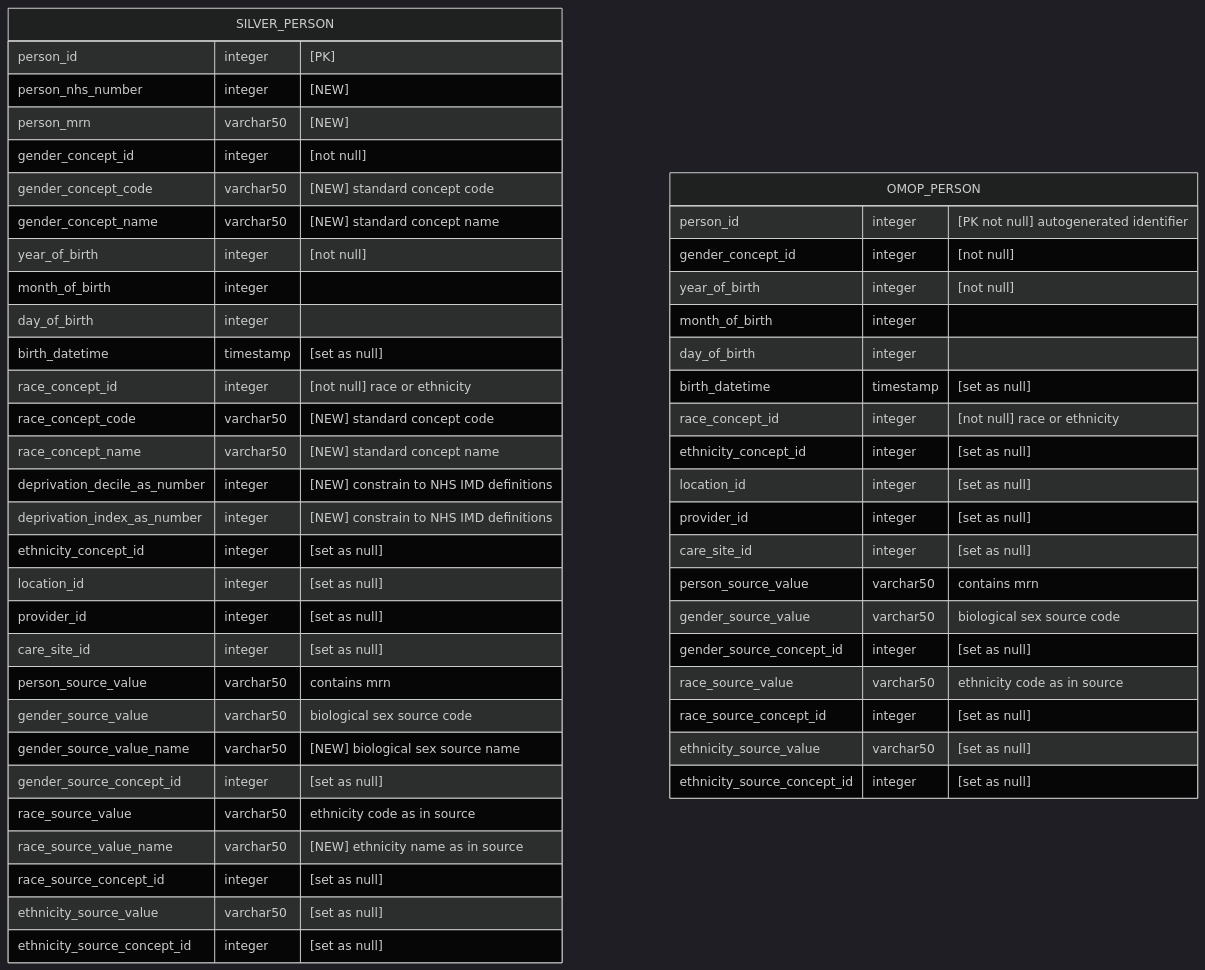
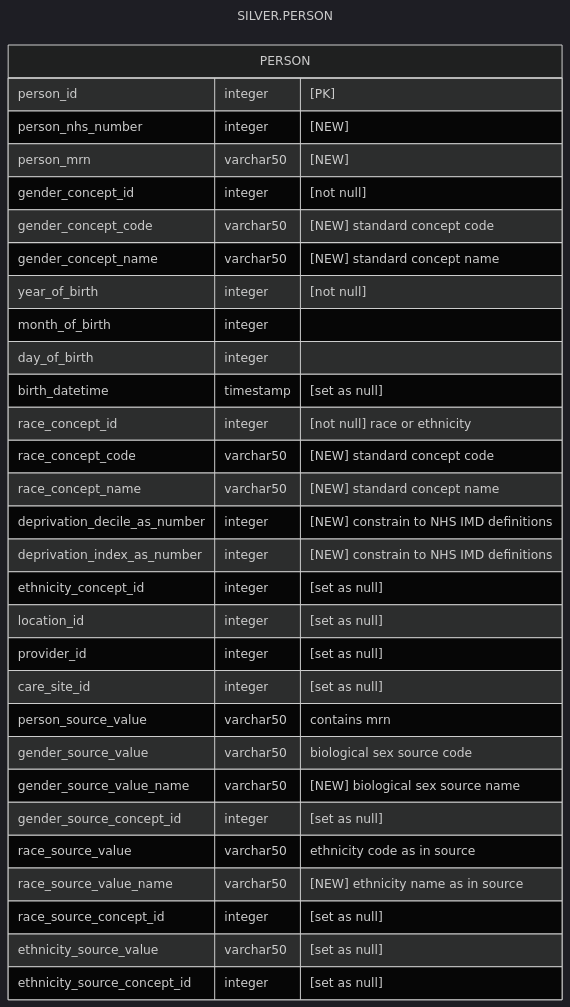
The second of 2 diagrams in pages/data_model/cdm_person.qmd (d3london/sde_aic_external_docs), drawn with Mermaid (dark theme) before and after one commit. The commit also changed other lines of this file and 4 other files, not shown here.

Commit message:
updated diagram labelling

````diff
--- a/pages/data_model/cdm_person.qmd
+++ b/pages/data_model/cdm_person.qmd
@@ -40,54 +43,36 @@
 ```{mermaid}
+---
+title: SILVER.PERSON
+---
 erDiagram
-    SILVER_PERSON {
+    PERSON {
         person_id integer "[PK]"
         person_nhs_number integer "[NEW]"
         person_mrn varchar50 "[NEW]"
         gender_concept_id integer "[not null]"
         gender_concept_code varchar50 "[NEW] standard concept code"
         gender_concept_name varchar50 "[NEW] standard concept name"
         year_of_birth integer "[not null]"
         month_of_birth integer
         day_of_birth integer
         birth_datetime timestamp "[set as null]"
         race_concept_id integer "[not null] race or ethnicity"
         race_concept_code varchar50 "[NEW] standard concept code"
         race_concept_name varchar50 "[NEW] standard concept name"
         deprivation_decile_as_number integer "[NEW] constrain to NHS IMD definitions"       
         deprivation_index_as_number integer "[NEW] constrain to NHS IMD definitions"
         ethnicity_concept_id integer "[set as null]"
         location_id integer "[set as null]"
         provider_id integer "[set as null]"
         care_site_id integer "[set as null]"
         person_source_value varchar50 "contains mrn"
         gender_source_value varchar50 "biological sex source code"
         gender_source_value_name varchar50 "[NEW] biological sex source name"
         gender_source_concept_id integer "[set as null]"
         race_source_value varchar50 "ethnicity code as in source"
         race_source_value_name varchar50 "[NEW] ethnicity name as in source"
         race_source_concept_id integer "[set as null]"
         ethnicity_source_value varchar50 "[set as null]"
         ethnicity_source_concept_id integer "[set as null]"    
     }
-
-    OMOP_PERSON {
-        person_id integer "[PK not null] autogenerated identifier"
-        gender_concept_id integer "[not null]"
-        year_of_birth integer "[not null]"
-        month_of_birth integer
-        day_of_birth integer
-        birth_datetime timestamp "[set as null]"
-        race_concept_id integer "[not null] race or ethnicity"
-        ethnicity_concept_id integer "[set as null]"
-        location_id integer "[set as null]"
-        provider_id integer "[set as null]"
-        care_site_id integer "[set as null]"
-        person_source_value varchar50 "contains mrn"
-        gender_source_value varchar50 "biological sex source code"
-        gender_source_concept_id integer "[set as null]"
-        race_source_value varchar50 "ethnicity code as in source"
-        race_source_concept_id integer "[set as null]"
-        ethnicity_source_value varchar50 "[set as null]"
-        ethnicity_source_concept_id integer "[set as null]"
-    }
 ```
````
